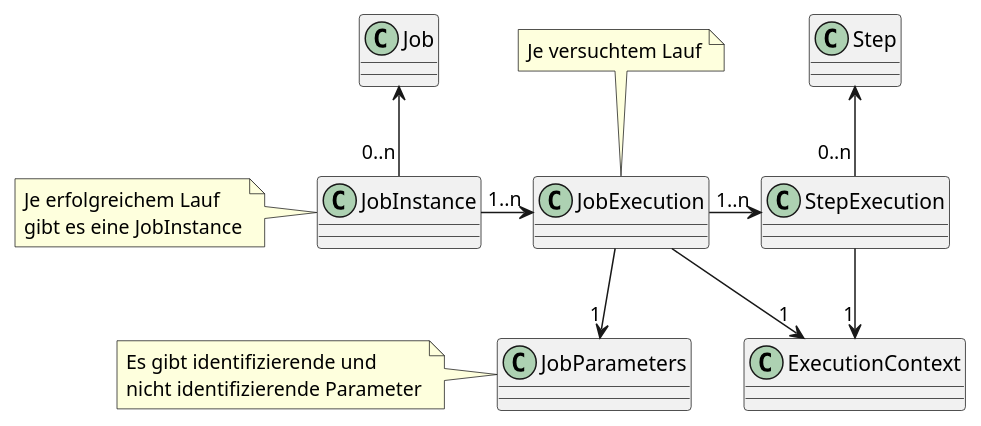
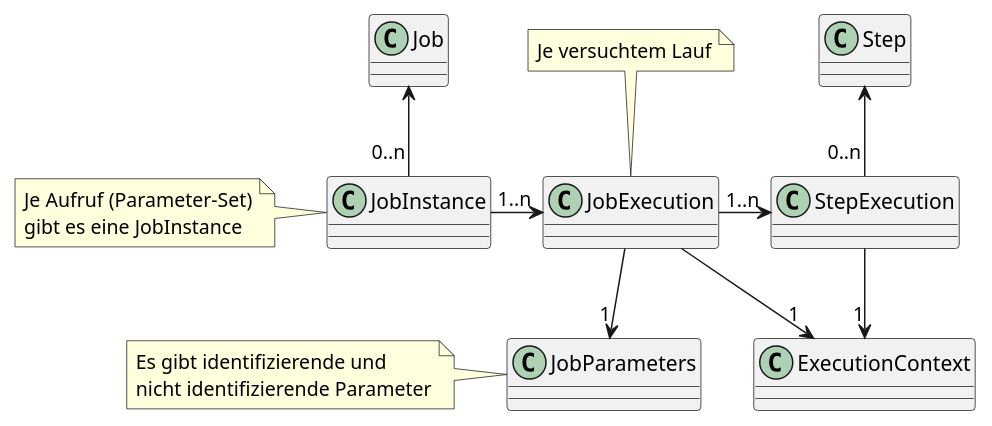
The second of 2 diagrams in slides/src/docs/asciidoc/repository.adoc (goldschmiede/2019-06-28-Spring-Batch), drawn with PlantUML before and after one commit. The commit also changed other lines of this file and 11 other files, not shown here.

```diff
--- a/slides/src/docs/asciidoc/repository.adoc
+++ b/slides/src/docs/asciidoc/repository.adoc
@@ -33,16 +33,16 @@
 [plantuml, JobLaufzeitModell, svg, height=750]
 ....
 Job <-- "0..n" JobInstance
-note left: Je erfolgreichem Lauf\ngibt es eine JobInstance
+note left: Je Aufruf (Parameter-Set)\ngibt es eine JobInstance
 
 JobInstance -> "1..n" JobExecution
 note top: Je versuchtem Lauf
 
 JobExecution -> "1..n" StepExecution
 Step <-- "0..n" StepExecution
 JobExecution --> "1" JobParameters
 note left: Es gibt identifizierende und\nnicht identifizierende Parameter
 
 JobExecution --> "1" ExecutionContext
 StepExecution --> "1" ExecutionContext
 ....
```
